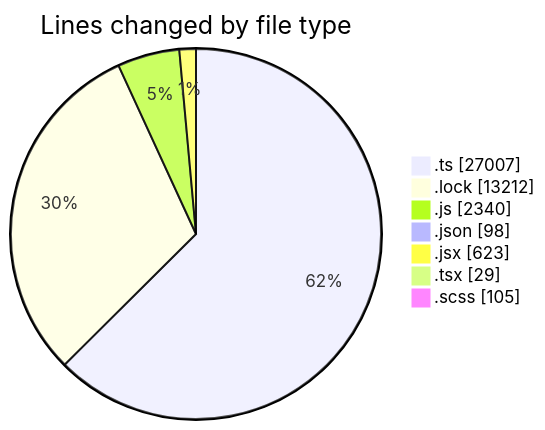
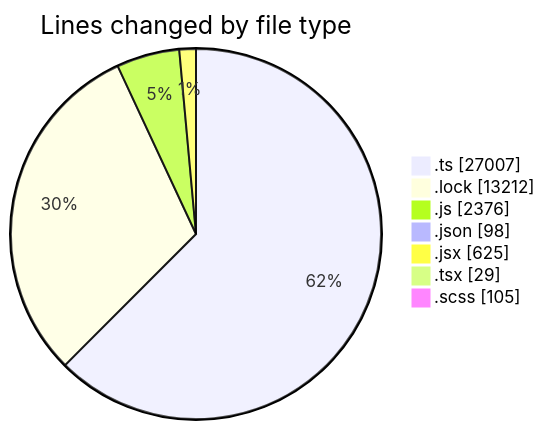
Before and after one commit to momahboobian/code-tracking: the first of 2 diagrams in 2025-05-16/cda/README.md, drawn with Mermaid. The commit also changed other lines of this file and 1 other file, not shown here.

````diff
--- a/2025-05-16/cda/README.md
+++ b/2025-05-16/cda/README.md
@@ -40,11 +40,11 @@
 ```mermaid
 pie showData
 title Lines changed by file type
 ".ts" : 27007
 ".lock" : 13212
-".js" : 2340
+".js" : 2376
 ".json" : 98
-".jsx" : 623
+".jsx" : 625
 ".tsx" : 29
 ".scss" : 105
 ```
````
